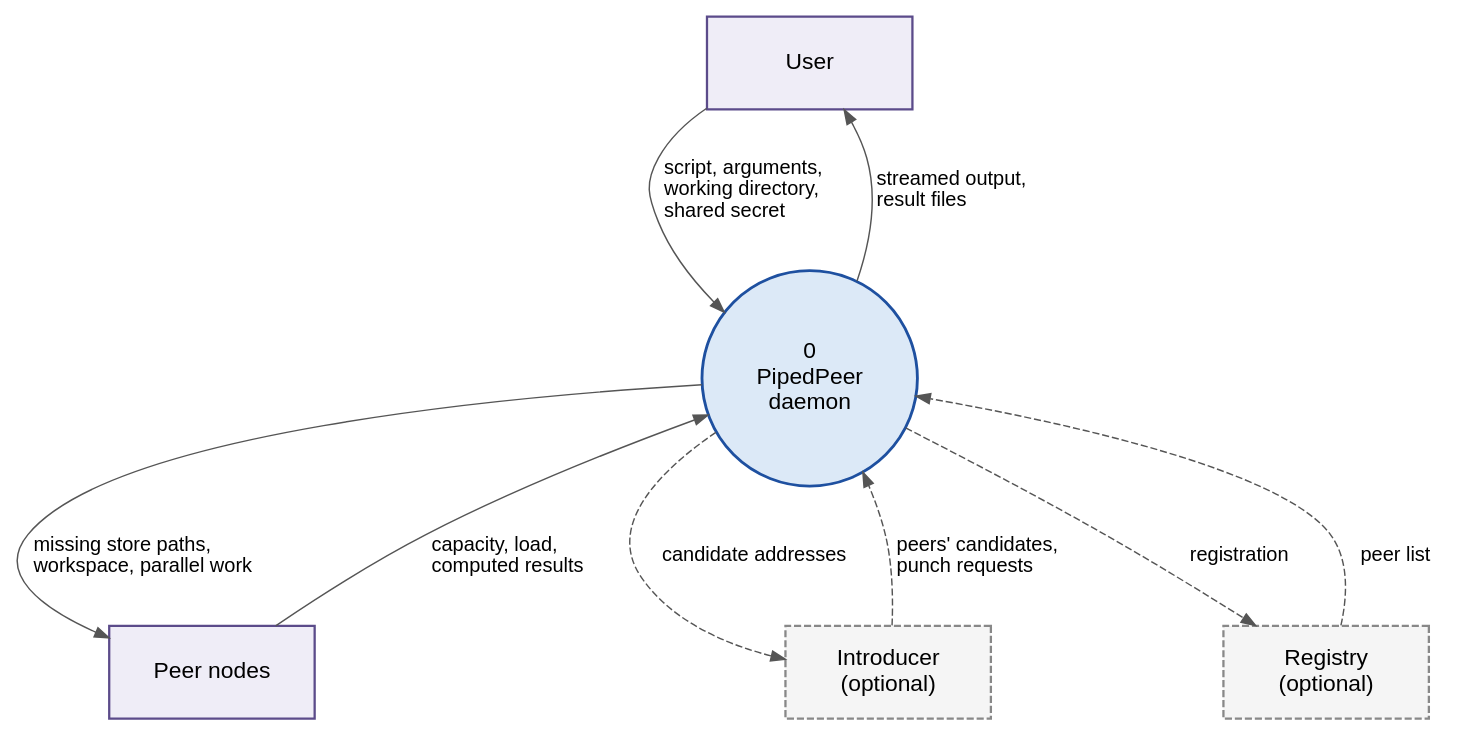
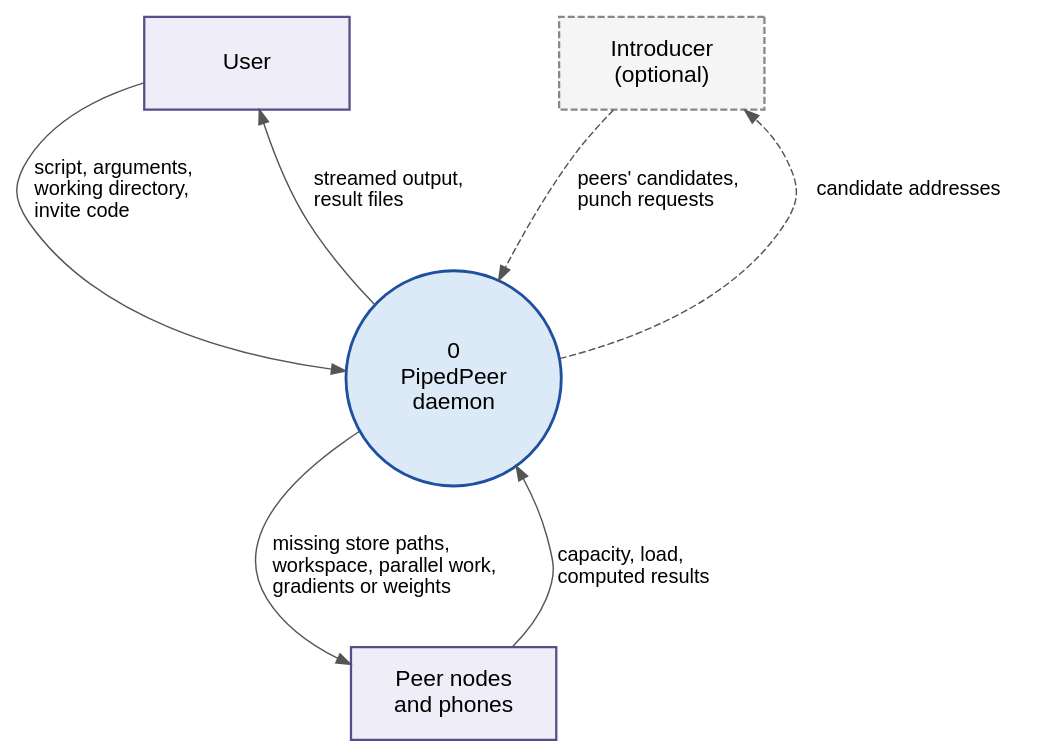
The diagram in docs/diagrams/src/fig_3.2_dfd_level0.dot (vinayakyadav2709/Pipedpeer), drawn with Graphviz before and after one commit. The commit also changed 28 other files, not shown here.

```diff
--- a/docs/diagrams/src/fig_3.2_dfd_level0.dot
+++ b/docs/diagrams/src/fig_3.2_dfd_level0.dot
@@ -1,30 +1,27 @@
-// Figure 3.2 - Level 0 DFD (context diagram).
+// Figure 3.2 - Level 0 DFD (context diagram). The NATS registry was removed
+// (7f75695), so the introducer is the only optional entity.
 // Laid out top-to-bottom: left-to-right gave a 3.8:1 strip whose labels were
 // under 6pt once scaled to the text width.
 digraph DFD0 {
   rankdir=TB; bgcolor="white"; nodesep=0.75; ranksep=0.95;
   node [fontname="Helvetica", fontsize=16];
   edge [fontname="Helvetica", fontsize=14, color="#555555"];
 
   user [label="User", shape=box, style=filled, fillcolor="#efedf7", color="#5b4b8a",
         penwidth=1.6, width=2.0, height=0.9];
-  peer [label="Peer nodes", shape=box, style=filled, fillcolor="#efedf7", color="#5b4b8a",
+  peer [label="Peer nodes\nand phones", shape=box, style=filled, fillcolor="#efedf7", color="#5b4b8a",
         penwidth=1.6, width=2.0, height=0.9];
   intro [label="Introducer\n(optional)", shape=box, style="filled,dashed", fillcolor="#f5f5f5",
-        color="#888888", penwidth=1.6, width=2.0, height=0.9];
-  reg  [label="Registry\n(optional)", shape=box, style="filled,dashed", fillcolor="#f5f5f5",
         color="#888888", penwidth=1.6, width=2.0, height=0.9];
 
   sys [label="0\nPipedPeer\ndaemon", shape=circle, style=filled, fillcolor="#dce9f7",
        color="#1e50a0", penwidth=2.0, width=2.1, fixedsize=true];
 
-  user -> sys [label="  script, arguments,\l  working directory,\l  shared secret\l"];
+  user -> sys [label="  script, arguments,\l  working directory,\l  invite code\l"];
   sys -> user [label="  streamed output,\l  result files\l"];
-  sys -> peer [label="  missing store paths,\l  workspace, parallel work\l"];
+  { rank=same; user; intro; }
+  sys -> peer [label="  missing store paths,\l  workspace, parallel work,\l  gradients or weights\l"];
   peer -> sys [label="  capacity, load,\l  computed results\l"];
   sys -> intro [label="  candidate addresses  ", style=dashed];
   intro -> sys [label="  peers' candidates,\l  punch requests\l", style=dashed];
-  sys -> reg  [label="  registration  ", style=dashed];
-  reg -> sys  [label="  peer list  ", style=dashed];
-  { rank=same; intro; reg; }
 }
```
